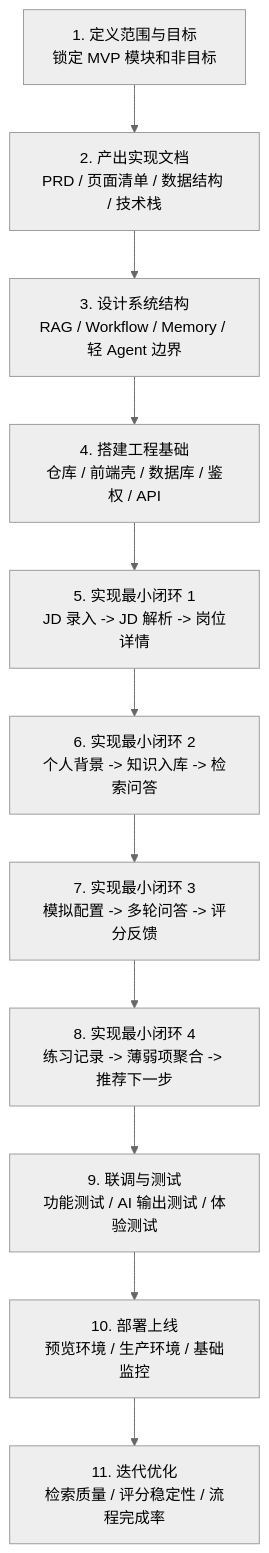
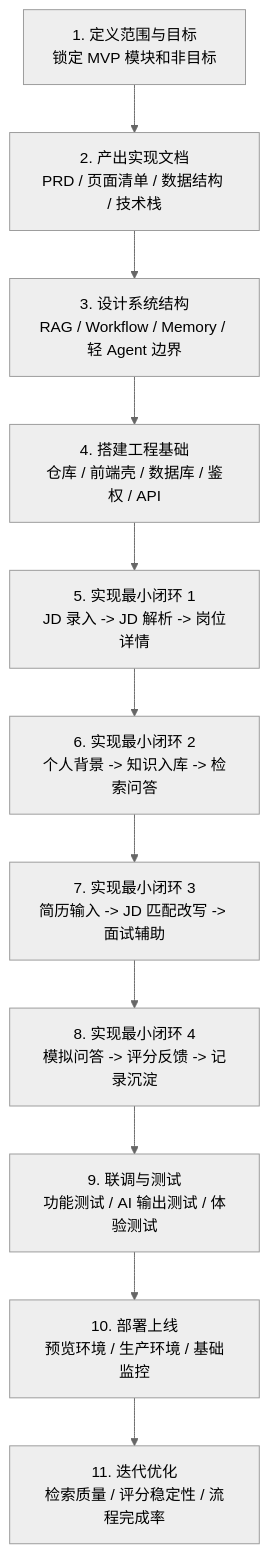
The diagram in context/OfferPilot_Project_Journey.md (JNHFlow21/offerpilot-ai), drawn with Mermaid (neutral theme) before and after one commit. The commit also changed other lines of this file and 5 other files, not shown here.

````diff
--- a/context/OfferPilot_Project_Journey.md
+++ b/context/OfferPilot_Project_Journey.md
@@ -31,13 +31,13 @@
 ```mermaid
 flowchart TD
     A["1. 定义范围与目标<br/>锁定 MVP 模块和非目标"] --> B["2. 产出实现文档<br/>PRD / 页面清单 / 数据结构 / 技术栈"]
     B --> C["3. 设计系统结构<br/>RAG / Workflow / Memory / 轻 Agent 边界"]
     C --> D["4. 搭建工程基础<br/>仓库 / 前端壳 / 数据库 / 鉴权 / API"]
     D --> E["5. 实现最小闭环 1<br/>JD 录入 -> JD 解析 -> 岗位详情"]
     E --> F["6. 实现最小闭环 2<br/>个人背景 -> 知识入库 -> 检索问答"]
-    F --> G["7. 实现最小闭环 3<br/>模拟配置 -> 多轮问答 -> 评分反馈"]
-    G --> H["8. 实现最小闭环 4<br/>练习记录 -> 薄弱项聚合 -> 推荐下一步"]
+    F --> G["7. 实现最小闭环 3<br/>简历输入 -> JD 匹配改写 -> 面试辅助"]
+    G --> H["8. 实现最小闭环 4<br/>模拟问答 -> 评分反馈 -> 记录沉淀"]
     H --> I["9. 联调与测试<br/>功能测试 / AI 输出测试 / 体验测试"]
     I --> J["10. 部署上线<br/>预览环境 / 生产环境 / 基础监控"]
     J --> K["11. 迭代优化<br/>检索质量 / 评分稳定性 / 流程完成率"]
 ```
````
